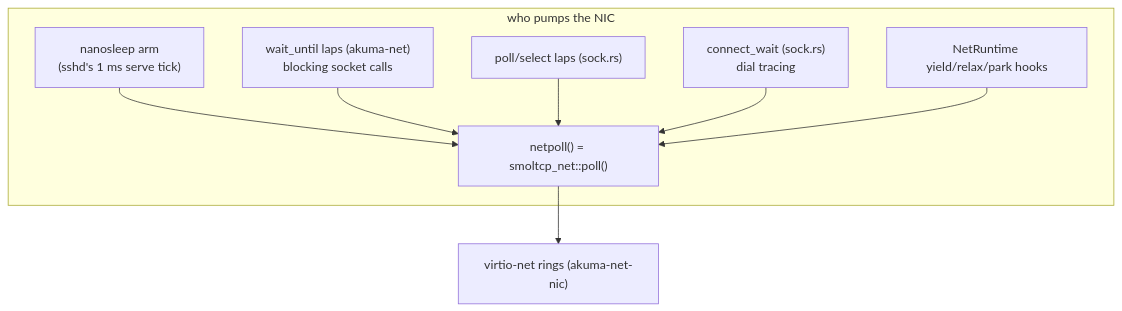
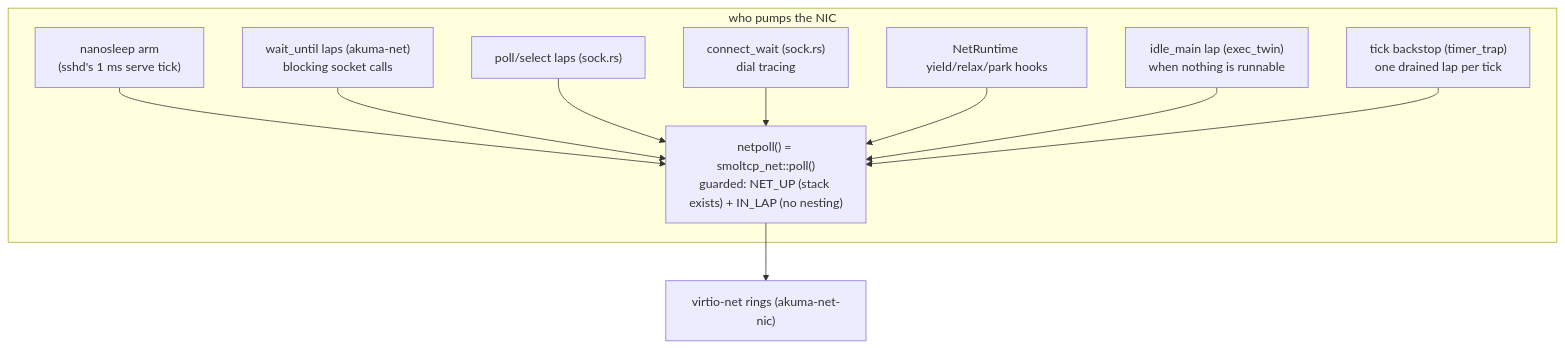
One commit to netoneko/akuma changed the diagram in taoxichuan/docs/reference/devices.md. Above: the diagram before and after it, drawn with Mermaid. The commit also changed other lines of this file and 3 other files, not shown here.

````diff
--- a/taoxichuan/docs/reference/devices.md
+++ b/taoxichuan/docs/reference/devices.md
@@ -75,11 +74,13 @@
 ```mermaid
 flowchart TD
     subgraph who pumps the NIC
         A["nanosleep arm<br/>(sshd's 1 ms serve tick)"] --> P
         B["wait_until laps (akuma-net)<br/>blocking socket calls"] --> P
         C["poll/select laps (sock.rs)"] --> P
         D["connect_wait (sock.rs)<br/>dial tracing"] --> P
         E["NetRuntime yield/relax/park hooks"] --> P
+        F["idle_main lap (exec_twin)<br/>when nothing is runnable"] --> P
+        G["tick backstop (timer_trap)<br/>one drained lap per tick"] --> P
     end
-    P["netpoll() = smoltcp_net::poll()"] --> NIC["virtio-net rings (akuma-net-nic)"]
+    P["netpoll() = smoltcp_net::poll()<br/>guarded: NET_UP (stack exists) + IN_LAP (no nesting)"] --> NIC["virtio-net rings (akuma-net-nic)"]
 ```
````
